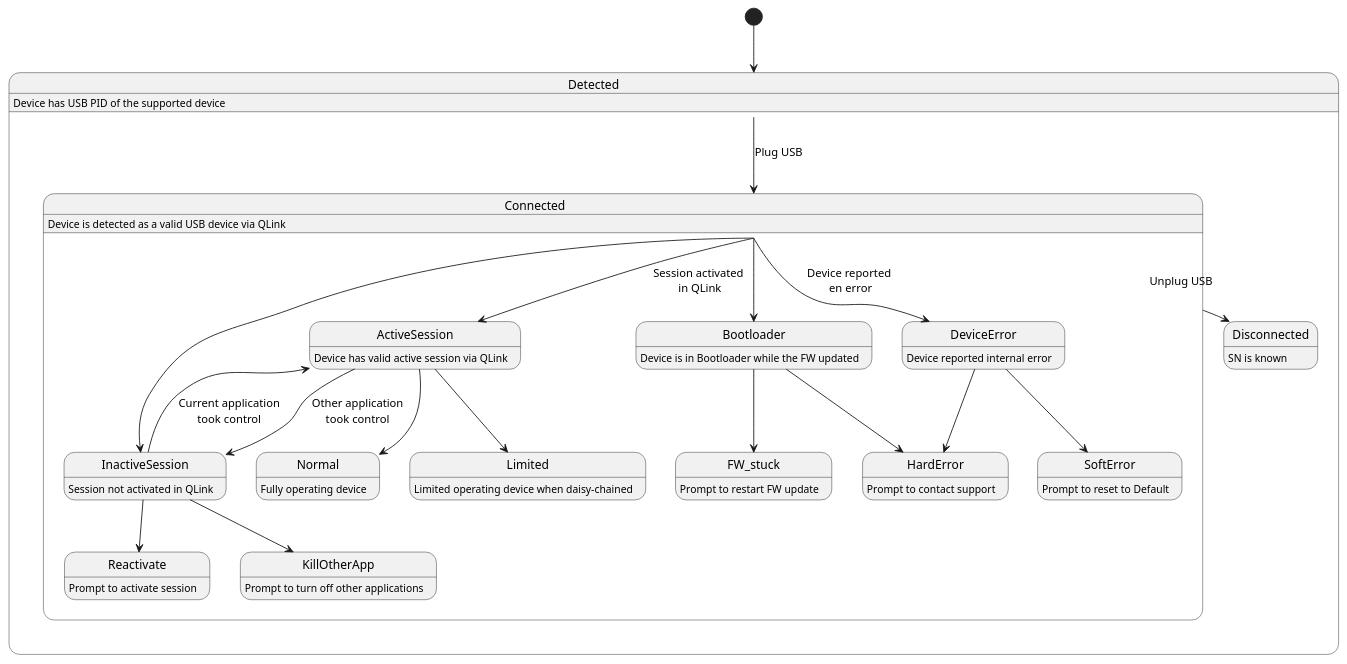
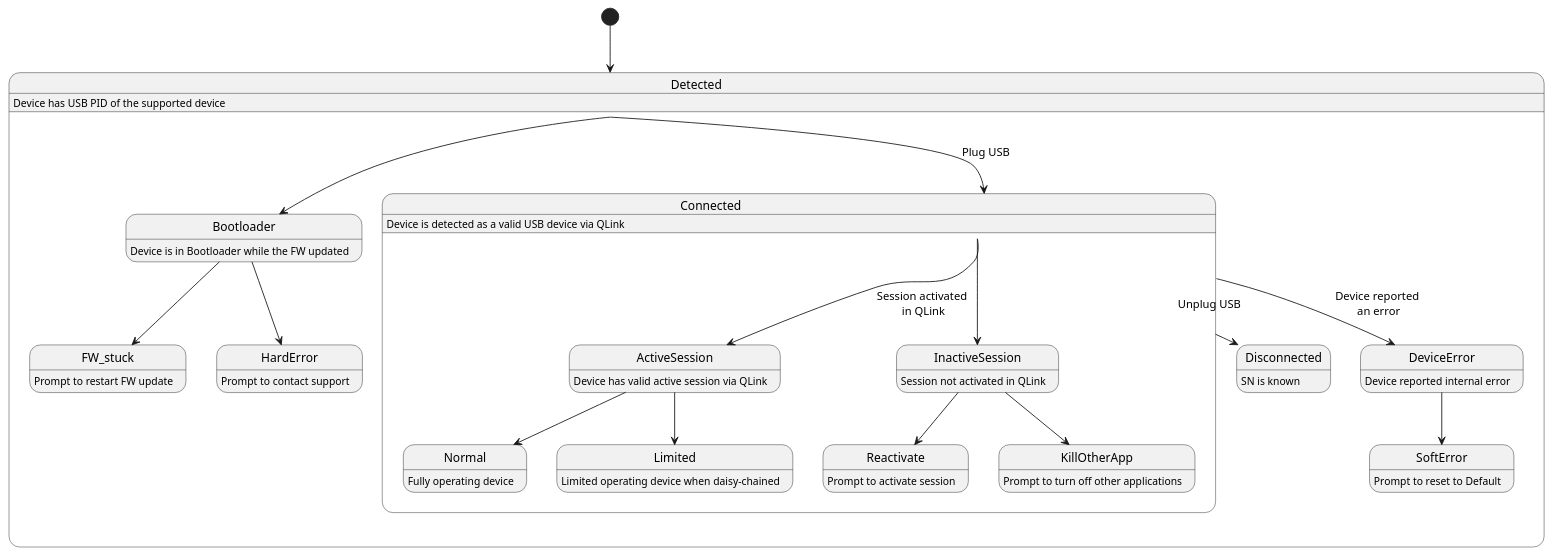
The diagram in UML/device_statuses_physical.puml (Headruner/UML-snippets), drawn with PlantUML before and after one commit. The commit also changed 5 other files, not shown here.

```diff
--- a/UML/device_statuses_physical.puml
+++ b/UML/device_statuses_physical.puml
@@ -1,40 +1,37 @@
 @startuml
 
   [*] --> Detected
 
 state Detected {
   Detected: Device has USB PID of the supported device
   Disconnected: SN is known
   Detected --> Connected : Plug USB
   Connected --> Disconnected : Unplug USB
+  Detected --> Bootloader
+  Bootloader : Device is in Bootloader while the FW updated
+  Bootloader --> FW_stuck
+  Bootloader --> HardError
+  HardError : Prompt to contact support
+  DeviceError --> SoftError
+  DeviceError : Device reported internal error
+  SoftError : Prompt to reset to Default
 }
 
 state Connected {
   Connected --> ActiveSession : Session activated \nin QLink
   ActiveSession --> Normal
   ActiveSession : Device has valid active session via QLink
   Normal : Fully operating device
   ActiveSession --> Limited
   Limited: Limited operating device when daisy-chained
   Connected : Device is detected as a valid USB device via QLink
   Connected --> InactiveSession
   InactiveSession : Session not activated in QLink
   InactiveSession --> Reactivate
   Reactivate :Prompt to activate session
   InactiveSession --> KillOtherApp
   KillOtherApp : Prompt to turn off other applications
-  Connected --> Bootloader
-  Bootloader : Device is in Bootloader while the FW updated
-  Bootloader --> FW_stuck
-  Bootloader --> HardError
   FW_stuck : Prompt to restart FW update
-  Connected --> DeviceError : Device reported \nen error
-  DeviceError --> SoftError
-  DeviceError : Device reported internal error
-  SoftError : Prompt to reset to Default
-  DeviceError --> HardError
-  HardError : Prompt to contact support
-  ActiveSession --> InactiveSession : Other application\ntook control
-  ActiveSession <-- InactiveSession : Current application\ntook control 
+  Connected --> DeviceError : Device reported \nan error
 }
 @enduml
```
